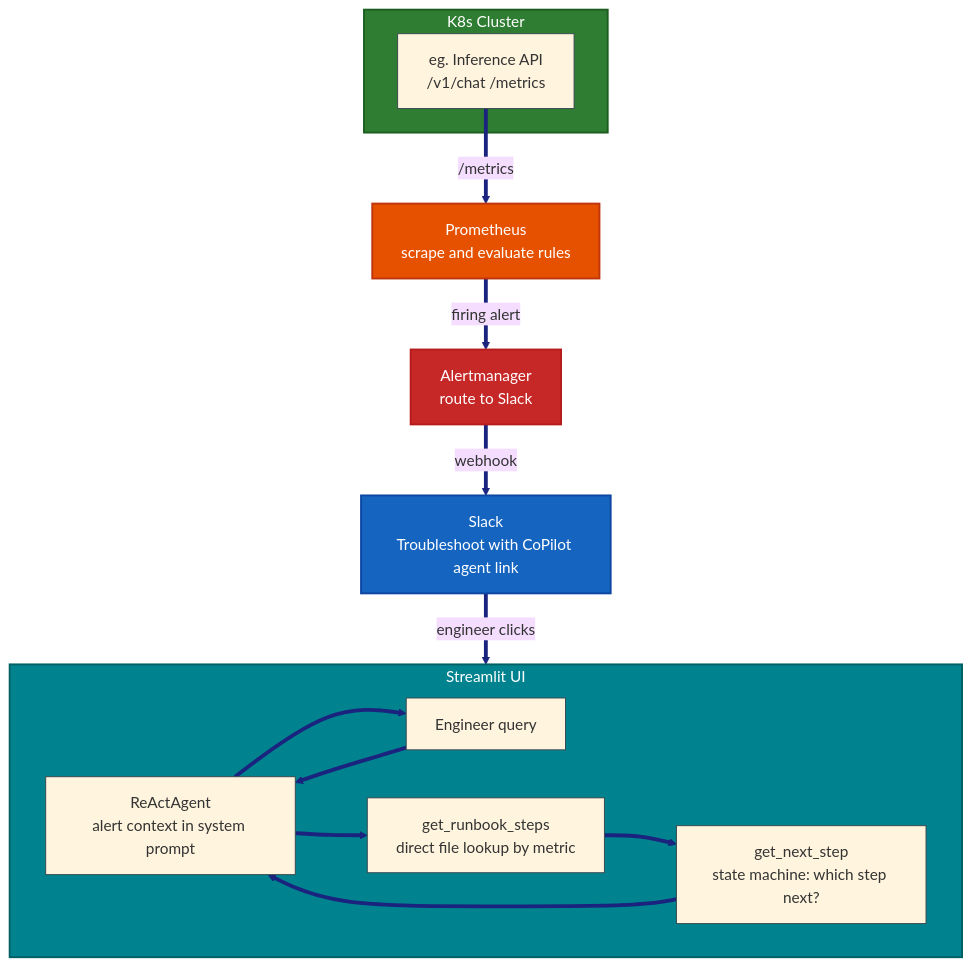
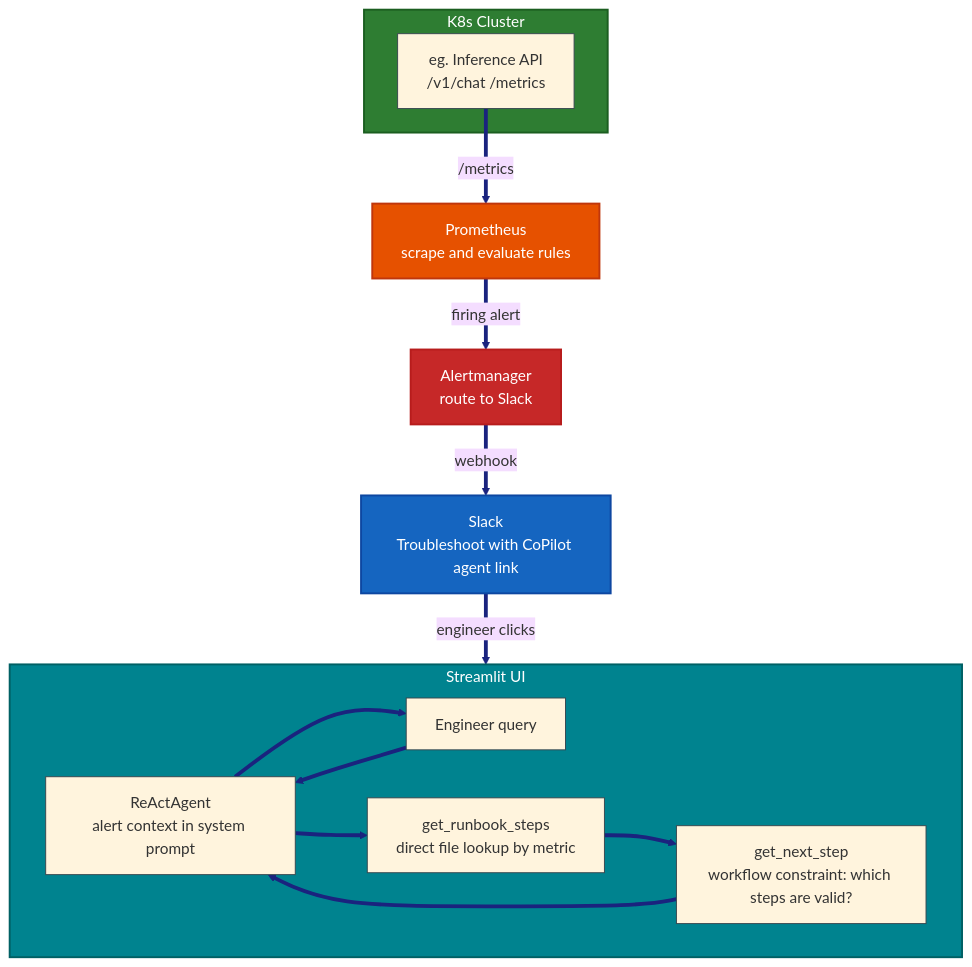
Before and after one commit to nimblenitin/sre-incident-copilot: the diagram in README.md, drawn with Mermaid. The commit also changed other lines of this file and 5 other files, not shown here.

Commit message:
Replace 'state machine' with 'workflow constraint' terminology across docs and code; replace em dashes in README

````diff
--- a/README.md
+++ b/README.md
@@ -9,29 +9,29 @@
 ```mermaid
 %%{init: {'theme': 'base', 'themeVariables': {'background': '#e0f7fa', 'primaryBorderColor': '#37474f', 'lineColor': '#2c3e50', 'tertiaryColor': '#e0f7fa'}}}%%
 flowchart TB
     subgraph k8s[K8s Cluster]
         api[eg. Inference API<br/>/v1/chat /metrics]
     end
 
     api -- /metrics --> prom[Prometheus<br/>scrape and evaluate rules]
     prom -- firing alert --> am[Alertmanager<br/>route to Slack]
     am -- webhook --> slack[Slack<br/>Troubleshoot with CoPilot agent link]
     slack -- engineer clicks --> ui
 
     subgraph ui[Streamlit UI]
         agent[ReActAgent<br/>alert context in system prompt]
         user[Engineer query] --> agent
         agent --> direct[get_runbook_steps<br/>direct file lookup by metric]
-        direct --> sm[get_next_step<br/>state machine: which step next?]
+        direct --> sm[get_next_step<br/>workflow constraint: which steps are valid?]
         sm --> agent
         agent --> user
     end
 
     style k8s fill:#2e7d32,color:#ffffff,stroke:#1b5e20,stroke-width:2px
     style prom fill:#e65100,color:#ffffff,stroke:#bf360c,stroke-width:2px
     style am fill:#c62828,color:#ffffff,stroke:#b71c1c,stroke-width:2px
     style slack fill:#1565c0,color:#ffffff,stroke:#0d47a1,stroke-width:2px
     style ui fill:#00838f,color:#ffffff,stroke:#006064,stroke-width:2px
 
     linkStyle default stroke-width:4px,stroke:#1a237e
 ```
````
